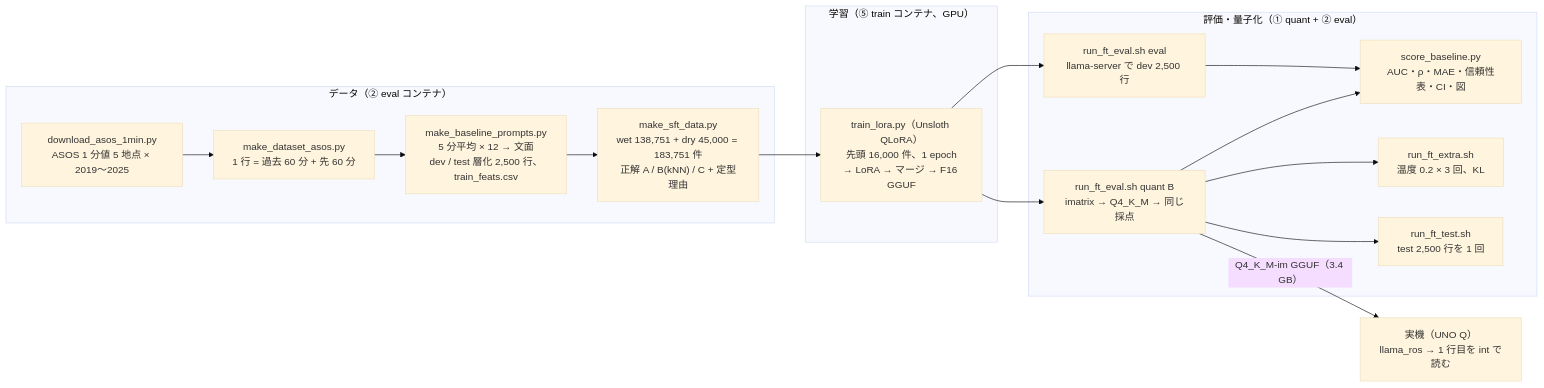
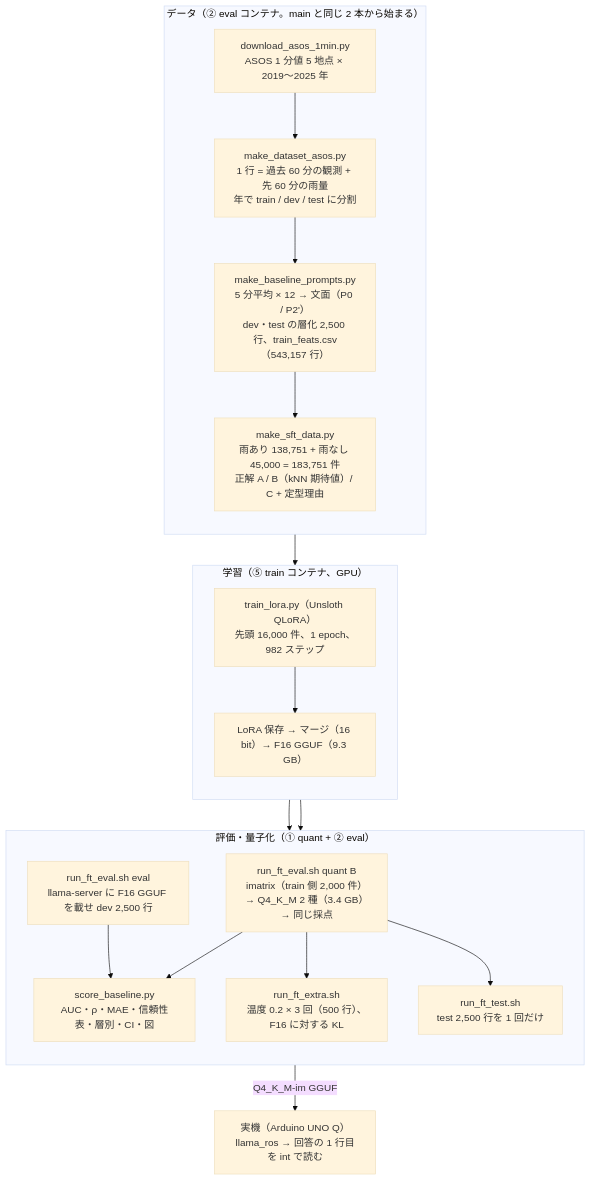
Before and after one commit to gomi-kuzu/WeatherAI_FineTune: the second of 3 diagrams in FT_devicefmt_knn_gguf/README.md, drawn with Mermaid (base theme). The commit also changed other lines of this file, not shown here.

First line of the commit message:
FT_devicefmt_knn_gguf/README: 流れ図を縦に、入出力形式の章と期待値ラベルの背景、設定の決定理由を追加

````diff
--- a/FT_devicefmt_knn_gguf/README.md
+++ b/FT_devicefmt_knn_gguf/README.md
@@ -60,20 +169,34 @@
 ```mermaid
-flowchart LR
-  subgraph D["データ（② eval コンテナ）"]
-    DL["download_asos_1min.py<br/>ASOS 1 分値 5 地点 × 2019〜2025"] --> MK["make_dataset_asos.py<br/>1 行 = 過去 60 分 + 先 60 分"]
-    MK --> BP["make_baseline_prompts.py<br/>5 分平均 × 12 → 文面<br/>dev / test 層化 2,500 行、train_feats.csv"]
-    BP --> SFT["make_sft_data.py<br/>wet 138,751 + dry 45,000 = 183,751 件<br/>正解 A / B(kNN) / C + 定型理由"]
+flowchart TB
+  subgraph D["データ（② eval コンテナ。main と同じ 2 本から始まる）"]
+    direction TB
+    DL["download_asos_1min.py<br/>ASOS 1 分値 5 地点 × 2019〜2025 年"]
+    MK["make_dataset_asos.py<br/>1 行 = 過去 60 分の観測 + 先 60 分の雨量<br/>年で train / dev / test に分割"]
+    BP["make_baseline_prompts.py<br/>5 分平均 × 12 → 文面（P0 / P2'）<br/>dev・test の層化 2,500 行、train_feats.csv（543,157 行）"]
+    SFT["make_sft_data.py<br/>雨あり 138,751 + 雨なし 45,000 = 183,751 件<br/>正解 A / B（kNN 期待値）/ C + 定型理由"]
+    DL --> MK --> BP --> SFT
   end
   subgraph T["学習（⑤ train コンテナ、GPU）"]
-    SFT --> TR["train_lora.py（Unsloth QLoRA）<br/>先頭 16,000 件、1 epoch<br/>→ LoRA → マージ → F16 GGUF"]
+    direction TB
+    TR["train_lora.py（Unsloth QLoRA）<br/>先頭 16,000 件、1 epoch、982 ステップ"]
+    MG["LoRA 保存 → マージ（16 bit）→ F16 GGUF（9.3 GB）"]
+    TR --> MG
   end
   subgraph E["評価・量子化（① quant + ② eval）"]
-    TR --> EV["run_ft_eval.sh eval<br/>llama-server で dev 2,500 行"]
-    TR --> Q["run_ft_eval.sh quant B<br/>imatrix → Q4_K_M → 同じ採点"]
-    EV --> SC["score_baseline.py<br/>AUC・ρ・MAE・信頼性表・CI・図"]
+    direction TB
+    EV["run_ft_eval.sh eval<br/>llama-server に F16 GGUF を載せ dev 2,500 行"]
+    Q["run_ft_eval.sh quant B<br/>imatrix（train 側 2,000 件）→ Q4_K_M 2 種（3.4 GB）→ 同じ採点"]
+    SC["score_baseline.py<br/>AUC・ρ・MAE・信頼性表・層別・CI・図"]
+    X["run_ft_extra.sh<br/>温度 0.2 × 3 回（500 行）、F16 に対する KL"]
+    TE["run_ft_test.sh<br/>test 2,500 行を 1 回だけ"]
+    EV --> SC
     Q --> SC
-    Q --> X["run_ft_extra.sh<br/>温度 0.2 × 3 回、KL"]
-    Q --> TE["run_ft_test.sh<br/>test 2,500 行を 1 回"]
+    Q --> X
+    Q --> TE
   end
-  Q -->|"Q4_K_M-im GGUF（3.4 GB）"| DEV["実機（UNO Q）<br/>llama_ros → 1 行目を int で読む"]
+  DEV["実機（Arduino UNO Q）<br/>llama_ros → 回答の 1 行目を int で読む"]
+  SFT --> TR
+  MG --> EV
+  MG --> Q
+  Q -->|"Q4_K_M-im GGUF"| DEV
 ```
````
